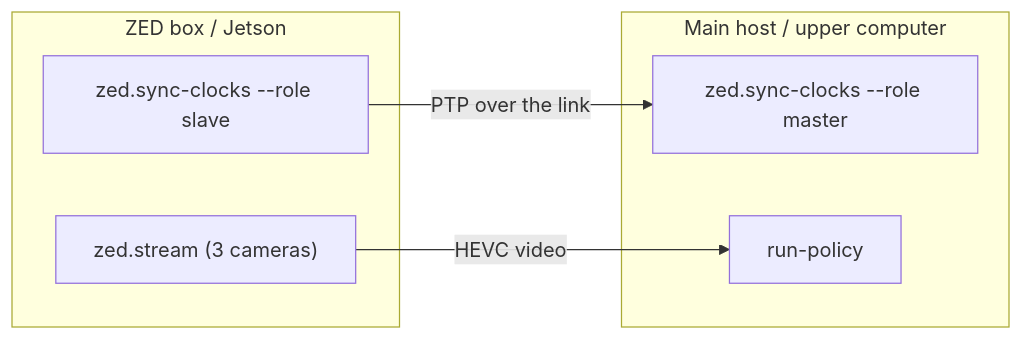
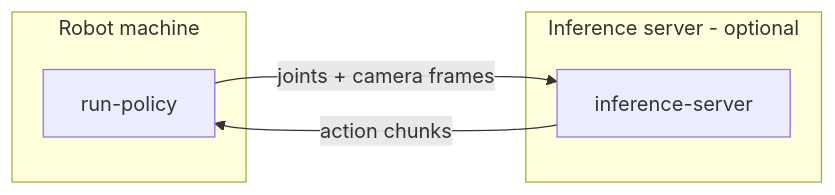
One commit to almond-bot/axol changed the diagram in docs/quickstart/inference.mdx. Above: the diagram before and after it, drawn with Mermaid. The commit also changed other lines of this file and 56 other files, not shown here.

Commit message:
refactor to run on zed box

````diff
--- a/docs/quickstart/inference.mdx
+++ b/docs/quickstart/inference.mdx
@@ -13,13 +10,11 @@
 ```mermaid
 flowchart LR
-  subgraph zedbox [ZED box / Jetson]
-    slave["zed.sync-clocks --role slave"]
-    stream["zed.stream (3 cameras)"]
-  end
-  subgraph mainhost [Main host / upper computer]
-    master["zed.sync-clocks --role master"]
+  subgraph robot [Robot machine]
     proc["run-policy"]
   end
-  slave -->|PTP over the link| master
-  stream -->|HEVC video| proc
+  subgraph server [Inference server - optional]
+    infer["inference-server"]
+  end
+  proc -->|joints + camera frames| infer
+  infer -->|action chunks| proc
 ```
````
